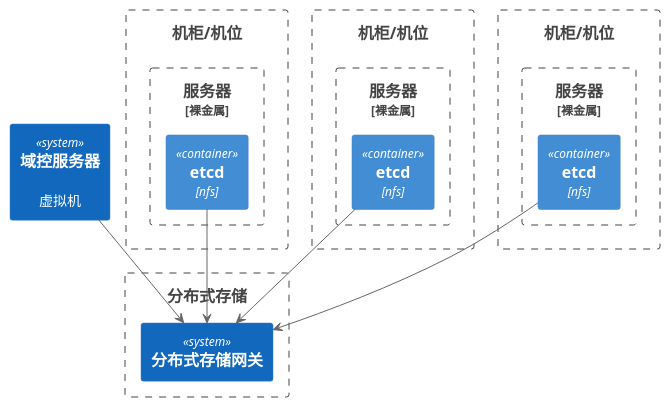
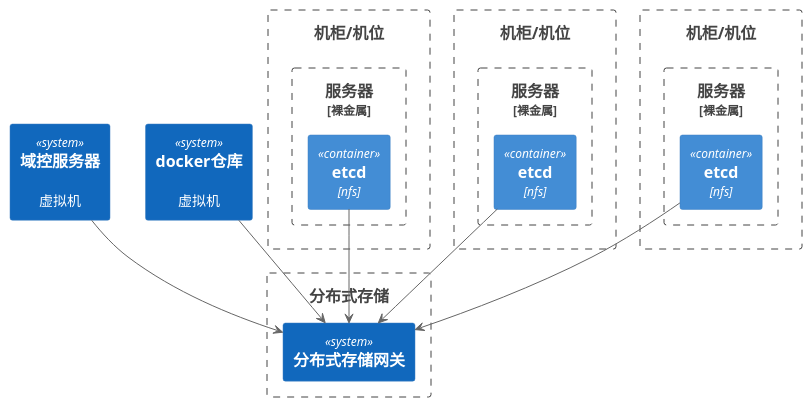
One commit to gardenerframework/impatiens changed the eighth of 10 diagrams in 研发标准化/研发团队常用基础设施/readme.md. Above: the diagram before and after it, drawn with PlantUML. The commit also changed other lines of this file, not shown here.

````diff
--- a/研发标准化/研发团队常用基础设施/readme.md
+++ b/研发标准化/研发团队常用基础设施/readme.md
@@ -204,34 +208,36 @@
 ```plantuml
 @startuml
 !include  https://plantuml.s3.cn-north-1.jdcloud-oss.com/C4_Container.puml
 
 Boundary(rack1, 机柜/机位) {
     Boundary(bm1, 服务器, 裸金属) {
         Container(pod1, etcd, nfs)
     }
 }
 
 Boundary(rack2, 机柜/机位) {
     Boundary(bm2, 服务器, 裸金属) {
         Container(pod2, etcd, nfs)
     }
 }
 
 Boundary(rack3, 机柜/机位) {
     Boundary(bm3, 服务器, 裸金属) {
         Container(pod3, etcd, nfs)
     }
 }
 
 System(域控, 域控服务器, 虚拟机)
+System(harbor, docker仓库, 虚拟机)
 
 Boundary(ceph, 分布式存储) {
     System(分布式存储网关, 分布式存储网关)
     pod1 --> 分布式存储网关
     pod2 --> 分布式存储网关
     pod3 --> 分布式存储网关
     域控 --> 分布式存储网关
+    harbor --> 分布式存储网关
 }
 
 @enduml
 ```
````
